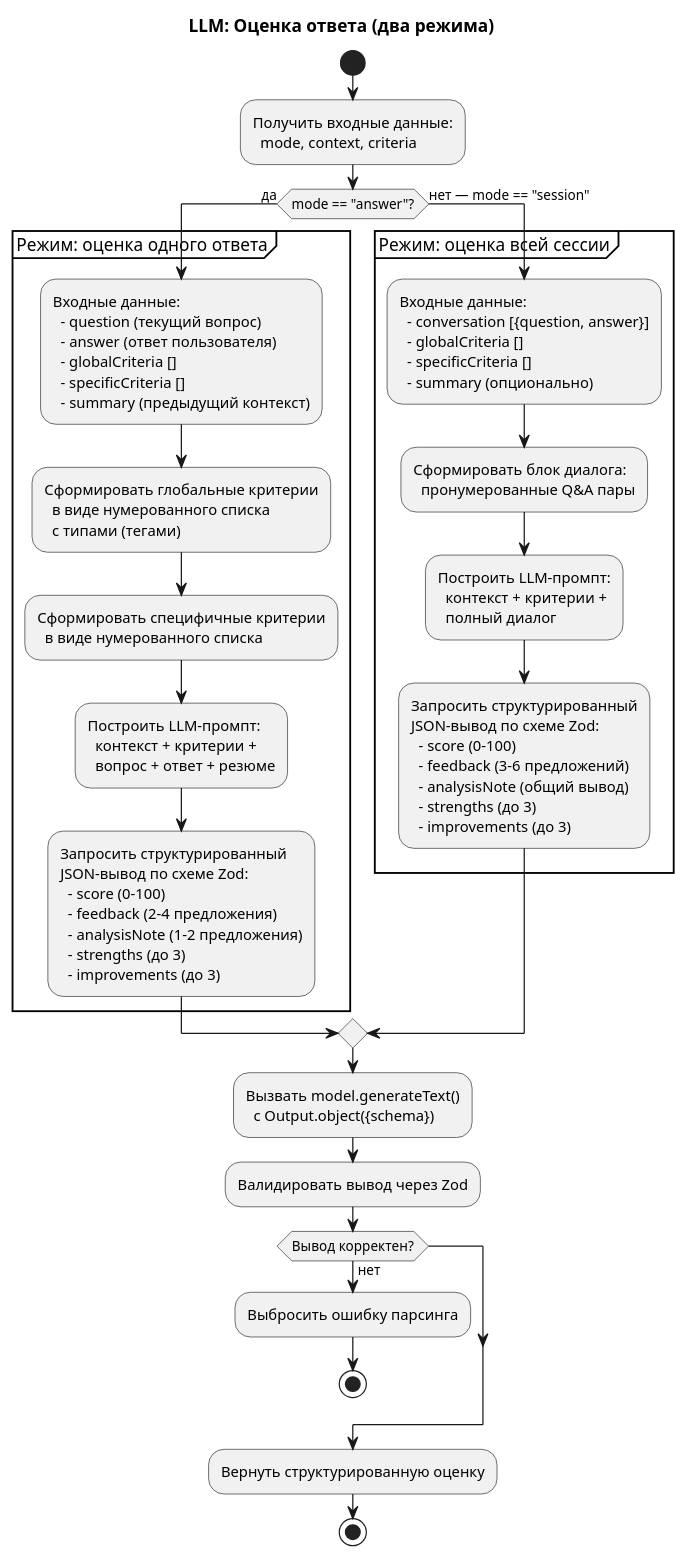
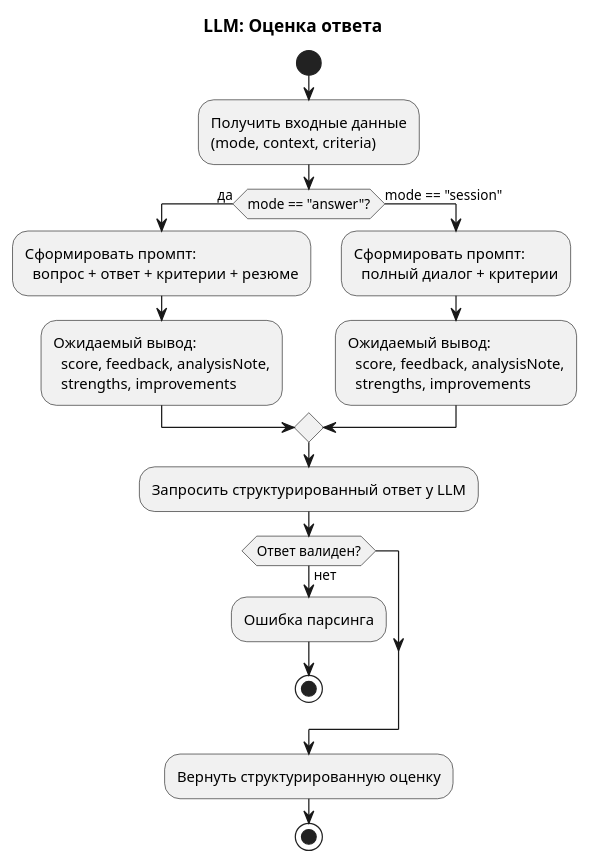
The diagram in docs/activity/10_llm_evaluate_answer.puml (nifle3/diplom_work), drawn with PlantUML before and after one commit. The commit also changed 10 other files, not shown here.

Commit message:
update activity diagram

```diff
--- a/docs/activity/10_llm_evaluate_answer.puml
+++ b/docs/activity/10_llm_evaluate_answer.puml
@@ -1,48 +1,26 @@
 @startuml 10_llm_evaluate_answer
-title LLM: Оценка ответа (два режима)
+title LLM: Оценка ответа
 
 start
 
-:Получить входные данные:\n  mode, context, criteria;
+:Получить входные данные\n(mode, context, criteria);
 
 if (mode == "answer"?) then (да)
-
-  partition "Режим: оценка одного ответа" {
-    :Входные данные:\n  - question (текущий вопрос)\n  - answer (ответ пользователя)\n  - globalCriteria []\n  - specificCriteria []\n  - summary (предыдущий контекст);
-
-    :Сформировать глобальные критерии\n  в виде нумерованного списка\n  с типами (тегами);
-
-    :Сформировать специфичные критерии\n  в виде нумерованного списка;
-
-    :Построить LLM-промпт:\n  контекст + критерии +\n  вопрос + ответ + резюме;
-
-    :Запросить структурированный\nJSON-вывод по схеме Zod:\n  - score (0–100)\n  - feedback (2–4 предложения)\n  - analysisNote (1–2 предложения)\n  - strengths (до 3)\n  - improvements (до 3);
-  }
-
-else (нет — mode == "session")
-
-  partition "Режим: оценка всей сессии" {
-    :Входные данные:\n  - conversation [{question, answer}]\n  - globalCriteria []\n  - specificCriteria []\n  - summary (опционально);
-
-    :Сформировать блок диалога:\n  пронумерованные Q&A пары;
-
-    :Построить LLM-промпт:\n  контекст + критерии +\n  полный диалог;
-
-    :Запросить структурированный\nJSON-вывод по схеме Zod:\n  - score (0–100)\n  - feedback (3–6 предложений)\n  - analysisNote (общий вывод)\n  - strengths (до 3)\n  - improvements (до 3);
-  }
-
+  :Сформировать промпт:\n  вопрос + ответ + критерии + резюме;
+  :Ожидаемый вывод:\n  score, feedback, analysisNote,\n  strengths, improvements;
+else (mode == "session")
+  :Сформировать промпт:\n  полный диалог + критерии;
+  :Ожидаемый вывод:\n  score, feedback, analysisNote,\n  strengths, improvements;
 endif
 
-:Вызвать model.generateText()\n  с Output.object({schema});
+:Запросить структурированный ответ у LLM;
 
-:Валидировать вывод через Zod;
-
-if (Вывод корректен?) then (нет)
-  :Выбросить ошибку парсинга;
+if (Ответ валиден?) then (нет)
+  :Ошибка парсинга;
   stop
 endif
 
 :Вернуть структурированную оценку;
 
 stop
 @enduml
```
